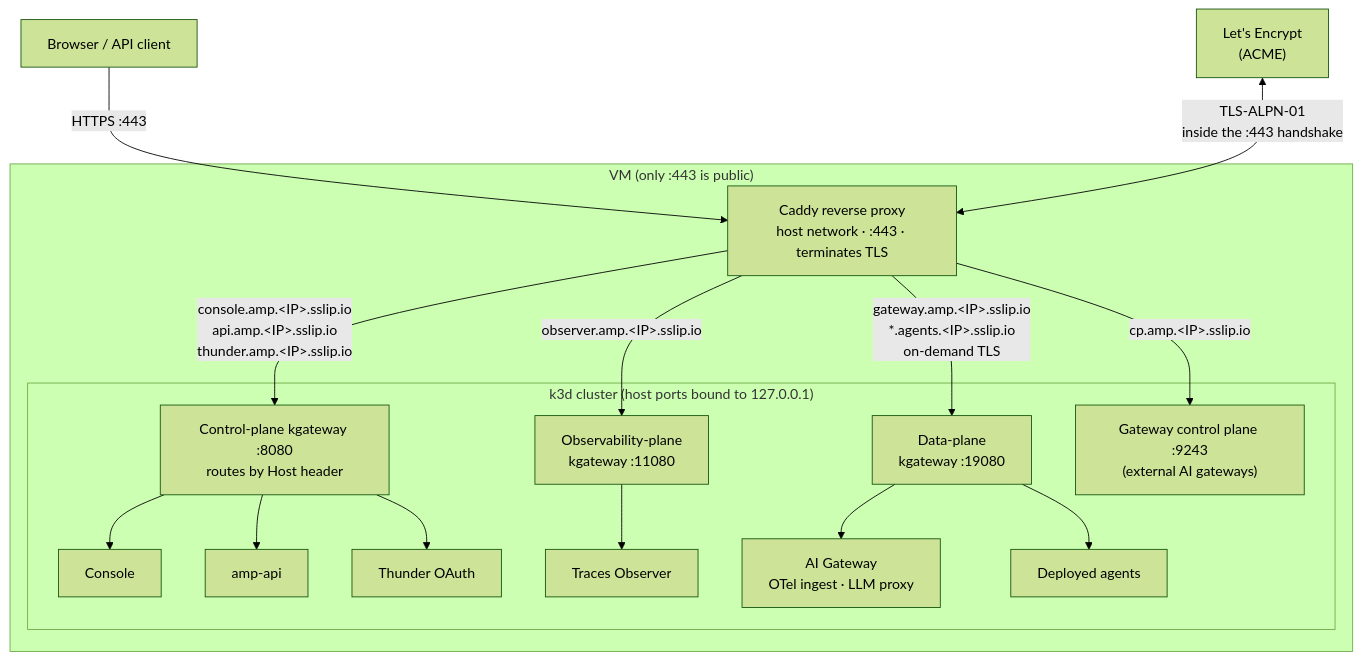
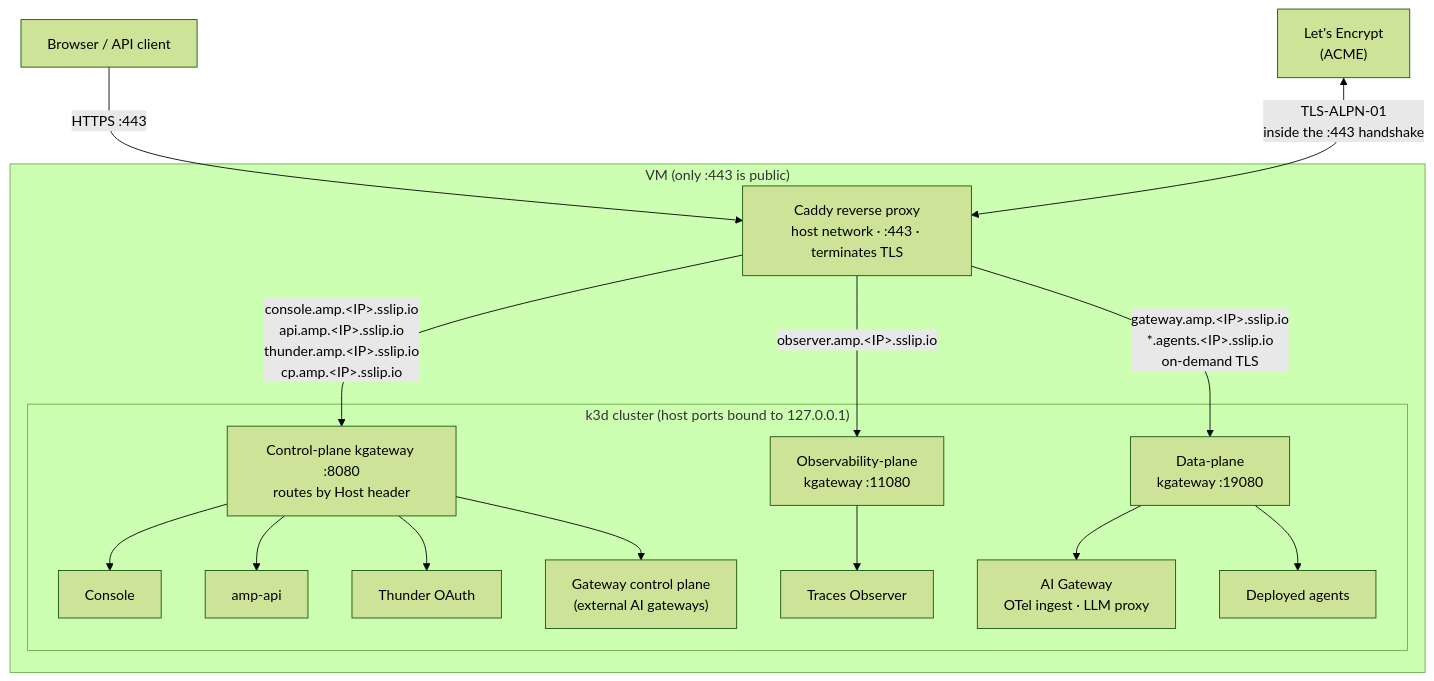
One commit to IsuruVithanage/docs-agent-platform changed the first of 2 diagrams in docs/getting-started/on-a-vm.mdx. Above: the diagram before and after it, drawn with Mermaid (forest theme). The commit also changed other lines of this file and 3 other files, not shown here.

````diff
--- a/docs/getting-started/on-a-vm.mdx
+++ b/docs/getting-started/on-a-vm.mdx
@@ -73,36 +73,36 @@
 ```mermaid
 flowchart TB
     browser["Browser / API client"]
     le["Let's Encrypt<br/>(ACME)"]
 
     subgraph vm["VM (only :443 is public)"]
         caddy["Caddy reverse proxy<br/>host network · :443 · terminates TLS"]
 
         subgraph k3d["k3d cluster (host ports bound to 127.0.0.1)"]
             cpgw["Control-plane kgateway :8080<br/>routes by Host header"]
             opgw["Observability-plane<br/>kgateway :11080"]
             dpgw["Data-plane<br/>kgateway :19080"]
-            cp["Gateway control plane :9243<br/>(external AI gateways)"]
 
             console["Console"]
             api["amp-api"]
             thunder["Thunder OAuth"]
+            cp["Gateway control plane<br/>(external AI gateways)"]
             observer["Traces Observer"]
             gw["AI Gateway<br/>OTel ingest · LLM proxy"]
             agents["Deployed agents"]
         end
     end
 
     browser -->|"HTTPS :443"| caddy
     le <-->|"TLS-ALPN-01<br/>inside the :443 handshake"| caddy
-    caddy -->|"console.amp.&lt;IP&gt;.sslip.io<br/>api.amp.&lt;IP&gt;.sslip.io<br/>thunder.amp.&lt;IP&gt;.sslip.io"| cpgw
+    caddy -->|"console.amp.&lt;IP&gt;.sslip.io<br/>api.amp.&lt;IP&gt;.sslip.io<br/>thunder.amp.&lt;IP&gt;.sslip.io<br/>cp.amp.&lt;IP&gt;.sslip.io"| cpgw
     caddy -->|"observer.amp.&lt;IP&gt;.sslip.io"| opgw
     caddy -->|"gateway.amp.&lt;IP&gt;.sslip.io<br/>*.agents.&lt;IP&gt;.sslip.io<br/>on-demand TLS"| dpgw
-    caddy -->|"cp.amp.&lt;IP&gt;.sslip.io"| cp
     cpgw --> console
     cpgw --> api
     cpgw --> thunder
+    cpgw --> cp
     opgw --> observer
     dpgw --> gw
     dpgw --> agents
 ```
````
